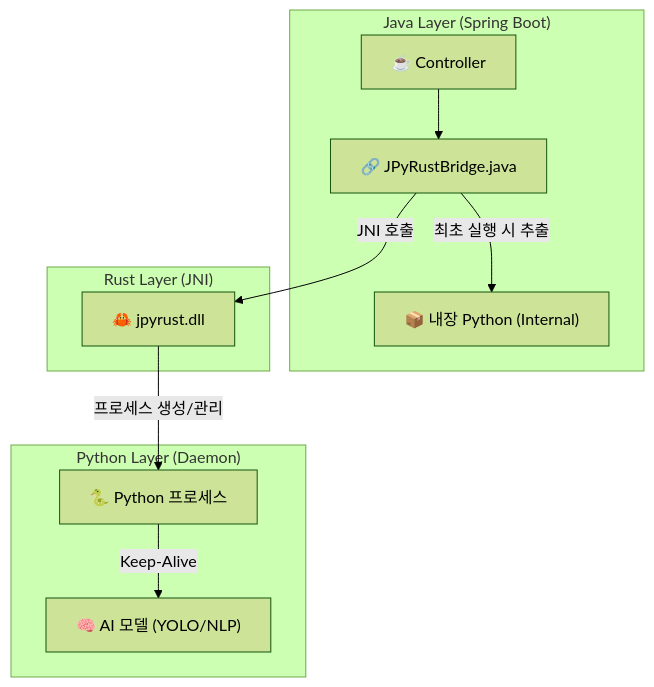
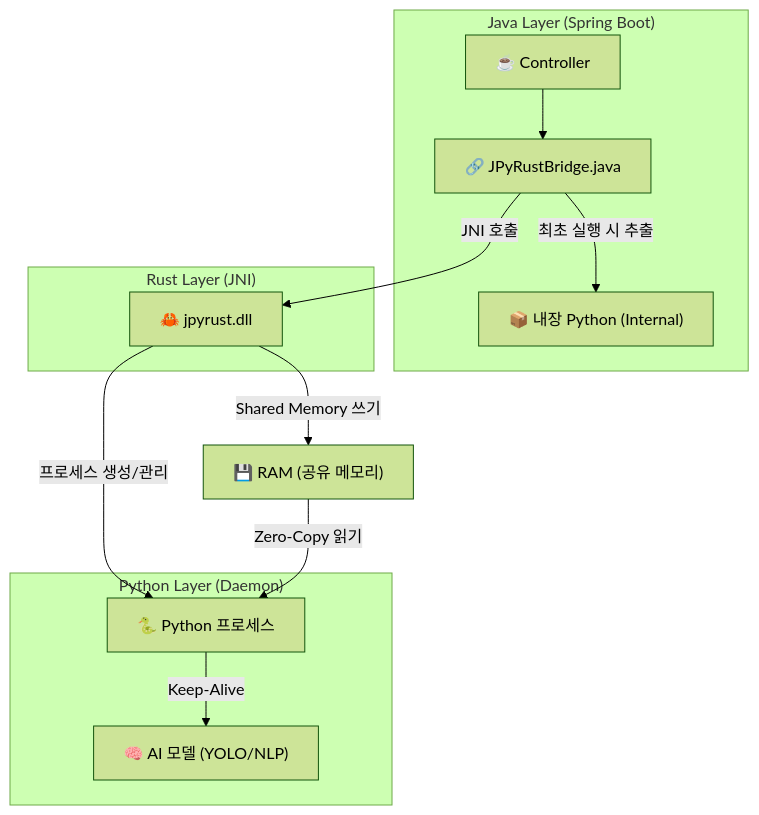
One commit to farmer0010/JPyRust changed the diagram in README_KR.md. Above: the diagram before and after it, drawn with Mermaid (forest theme). The commit also changed other lines of this file and 6 other files, not shown here.

Commit message:
Feat: Implement Level 1 Shared Memory IPC (v2.1) - Zero-Copy Input

````diff
--- a/README_KR.md
+++ b/README_KR.md
@@ -47,23 +49,25 @@
 ```mermaid
 graph TD
     subgraph "Java Layer (Spring Boot)"
         Controller["☕ Controller"]
         JavaBridge["🔗 JPyRustBridge.java"]
         Dist["📦 내장 Python (Internal)"]
     end
 
     subgraph "Rust Layer (JNI)"
         RustBridge["🦀 jpyrust.dll"]
     end
 
     subgraph "Python Layer (Daemon)"
         Daemon["🐍 Python 프로세스"]
         Models["🧠 AI 모델 (YOLO/NLP)"]
     end
 
     Controller --> JavaBridge
     JavaBridge -- "최초 실행 시 추출" --> Dist
     JavaBridge -- "JNI 호출" --> RustBridge
     RustBridge -- "프로세스 생성/관리" --> Daemon
+    RustBridge -- "Shared Memory 쓰기" --> RAM["💾 RAM (공유 메모리)"]
+    RAM -- "Zero-Copy 읽기" --> Daemon
     Daemon -- "Keep-Alive" --> Models
 ```
````
